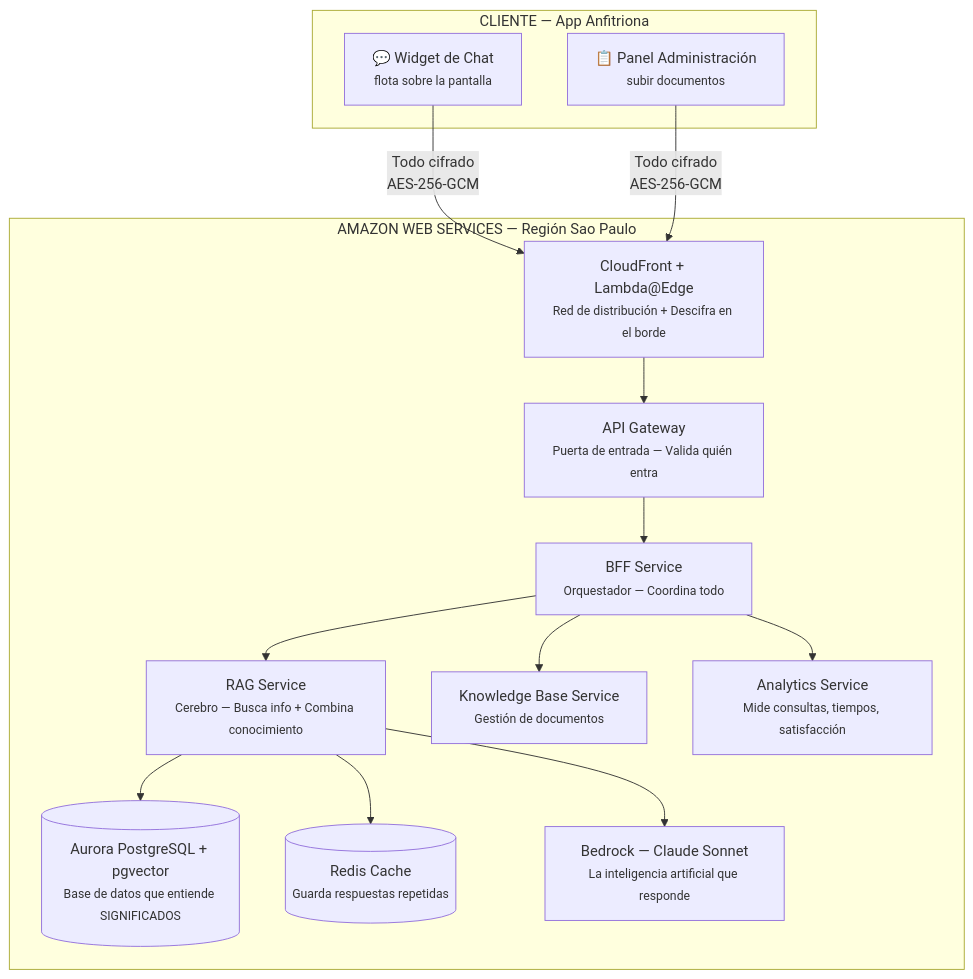
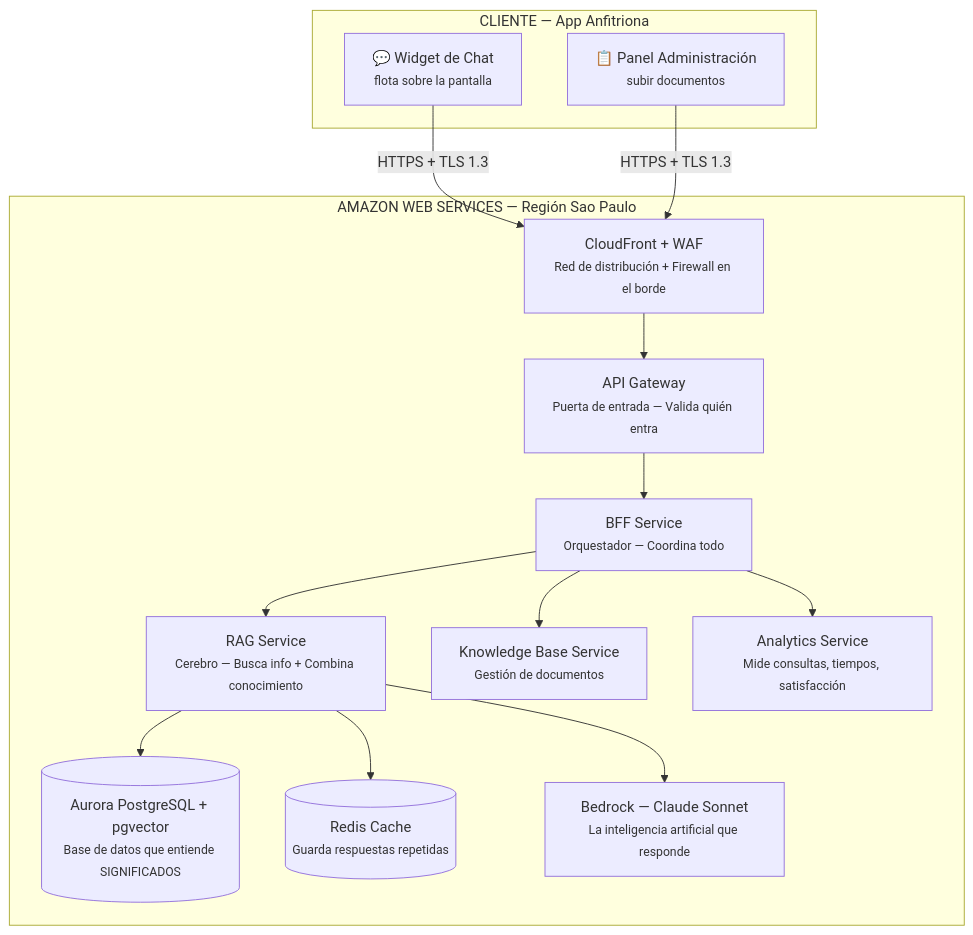
One commit to johnruedal96/capillas changed the first of 16 diagrams in docs/presentacion_tecnica.md. Above: the diagram before and after it, drawn with Mermaid. The commit also changed other lines of this file and 1 other file, not shown here.

````diff
--- a/docs/presentacion_tecnica.md
+++ b/docs/presentacion_tecnica.md
@@ -48,31 +48,31 @@
 ```mermaid
 flowchart TB
     subgraph CLIENTE[CLIENTE — App Anfitriona]
         CHAT["💬 Widget de Chat<br/><small>flota sobre la pantalla</small>"]
         ADMIN["📋 Panel Administración<br/><small>subir documentos</small>"]
     end
 
-    CHAT -->|"Todo cifrado<br/>AES-256-GCM"| CF
-    ADMIN -->|"Todo cifrado<br/>AES-256-GCM"| CF
+    CHAT -->|"HTTPS + TLS 1.3"| CF
+    ADMIN -->|"HTTPS + TLS 1.3"| CF
 
     subgraph AWS["AMAZON WEB SERVICES — Región Sao Paulo"]
-        CF["CloudFront + Lambda@Edge<br/><small>Red de distribución + Descifra en el borde</small>"]
+        CF["CloudFront + WAF<br/><small>Red de distribución + Firewall en el borde</small>"]
         GW["API Gateway<br/><small>Puerta de entrada — Valida quién entra</small>"]
         BFF["BFF Service<br/><small>Orquestador — Coordina todo</small>"]
         RAG["RAG Service<br/><small>Cerebro — Busca info + Combina conocimiento</small>"]
         KB["Knowledge Base Service<br/><small>Gestión de documentos</small>"]
         AN["Analytics Service<br/><small>Mide consultas, tiempos, satisfacción</small>"]
         DB[("Aurora PostgreSQL + pgvector<br/><small>Base de datos que entiende SIGNIFICADOS</small>")]
         CACHE[("Redis Cache<br/><small>Guarda respuestas repetidas</small>")]
         CLAUDE["Bedrock — Claude Sonnet<br/><small>La inteligencia artificial que responde</small>"]
     end
 
     CF --> GW
     GW --> BFF
     BFF --> RAG
     BFF --> KB
     BFF --> AN
     RAG --> DB
     RAG --> CACHE
     RAG --> CLAUDE
 ```
````
